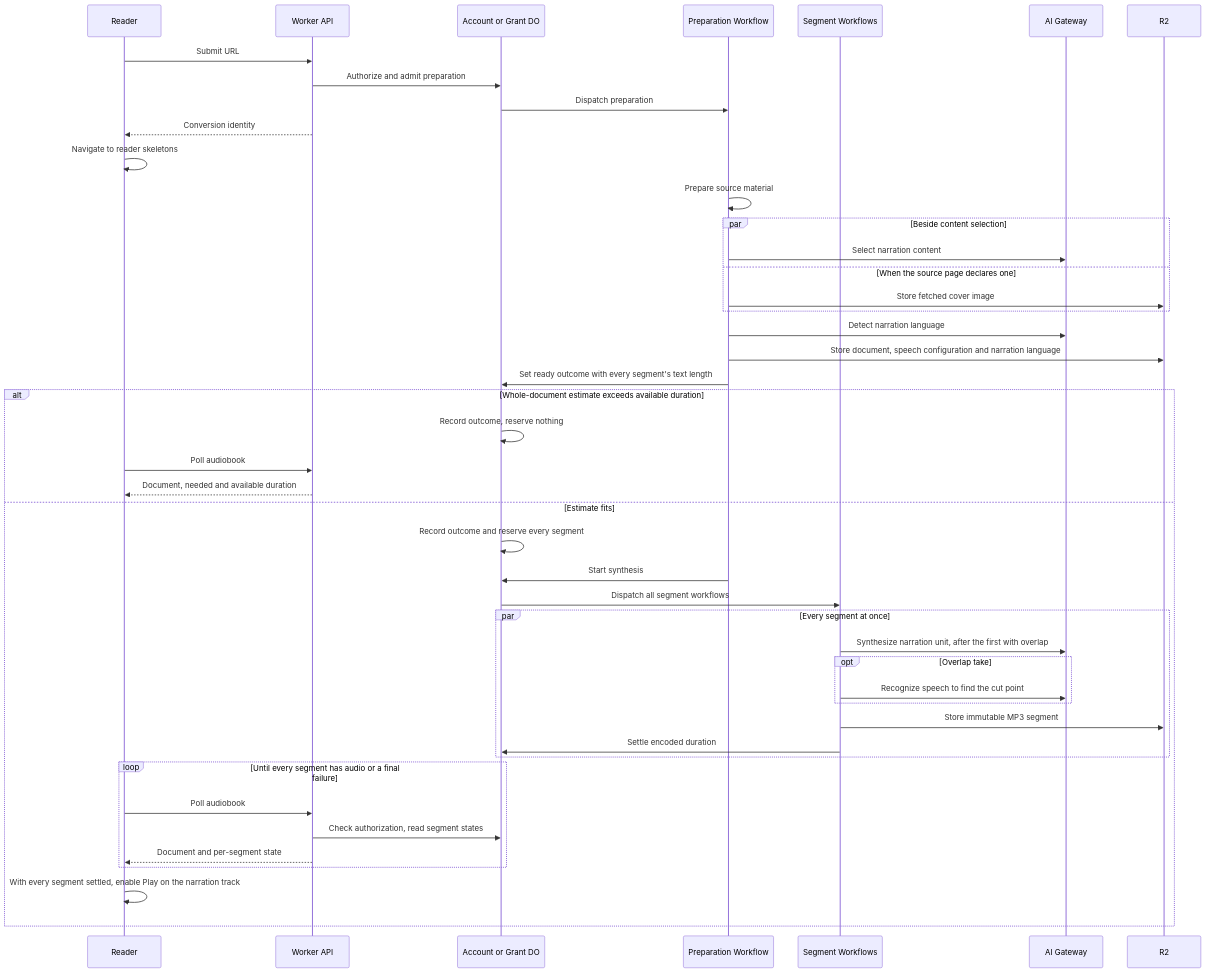
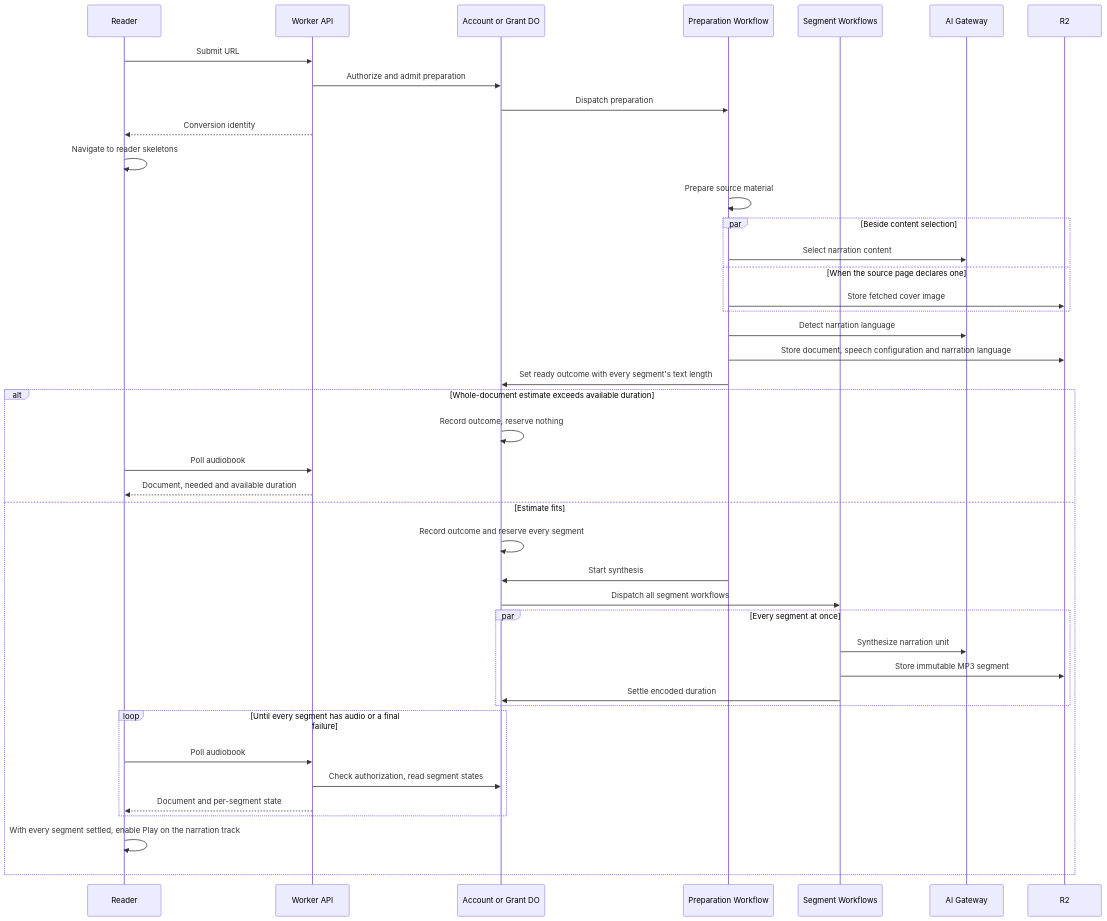
One commit to patricktree/cup changed the diagram in docs/architecture/conversion.md. Above: the diagram before and after it, drawn with Mermaid. The commit also changed other lines of this file and 84 other files, not shown here.

First line of the commit message:
revert: withdraw overlap and cut (speech policy 7) (CUP-58) (#352)

````diff
--- a/docs/architecture/conversion.md
+++ b/docs/architecture/conversion.md
@@ -9,47 +9,44 @@
 ```mermaid
 sequenceDiagram
     participant Client as Reader
     participant API as Worker API
     participant Owner as Account or Grant DO
     participant Preparation as Preparation Workflow
     participant Segment as Segment Workflows
     participant AI as AI Gateway
     participant R2
     Client->>API: Submit URL
     API->>Owner: Authorize and admit preparation
     Owner->>Preparation: Dispatch preparation
     API-->>Client: Conversion identity
     Client->>Client: Navigate to reader skeletons
     Preparation->>Preparation: Prepare source material
     par Beside content selection
         Preparation->>AI: Select narration content
     and When the source page declares one
         Preparation->>R2: Store fetched cover image
     end
     Preparation->>AI: Detect narration language
     Preparation->>R2: Store document, speech configuration and narration language
     Preparation->>Owner: Set ready outcome with every segment's text length
     alt Whole-document estimate exceeds available duration
         Owner->>Owner: Record outcome, reserve nothing
         Client->>API: Poll audiobook
         API-->>Client: Document, needed and available duration
     else Estimate fits
         Owner->>Owner: Record outcome and reserve every segment
         Preparation->>Owner: Start synthesis
         Owner->>Segment: Dispatch all segment workflows
         par Every segment at once
-            Segment->>AI: Synthesize narration unit, after the first with overlap
-            opt Overlap take
-                Segment->>AI: Recognize speech to find the cut point
-            end
+            Segment->>AI: Synthesize narration unit
             Segment->>R2: Store immutable MP3 segment
             Segment->>Owner: Settle encoded duration
         end
         loop Until every segment has audio or a final failure
             Client->>API: Poll audiobook
             API->>Owner: Check authorization, read segment states
             API-->>Client: Document and per-segment state
         end
         Client->>Client: With every segment settled, enable Play on the narration track
     end
 ```
````
